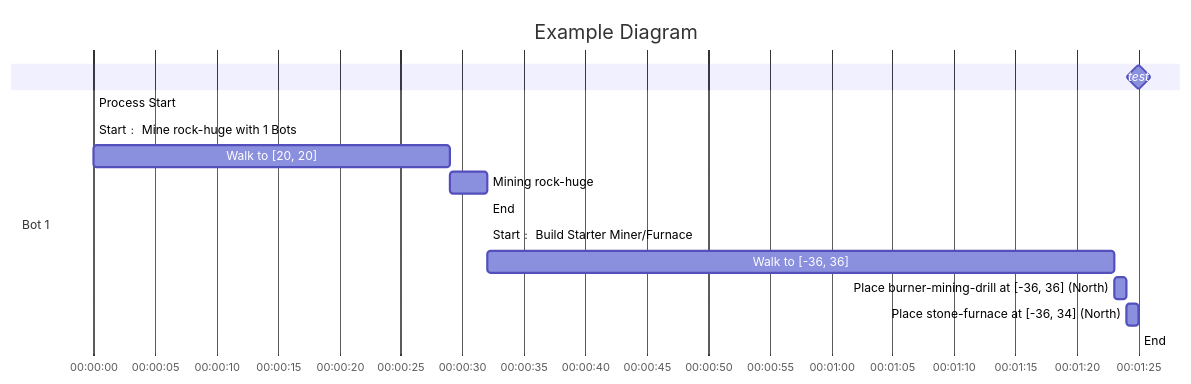
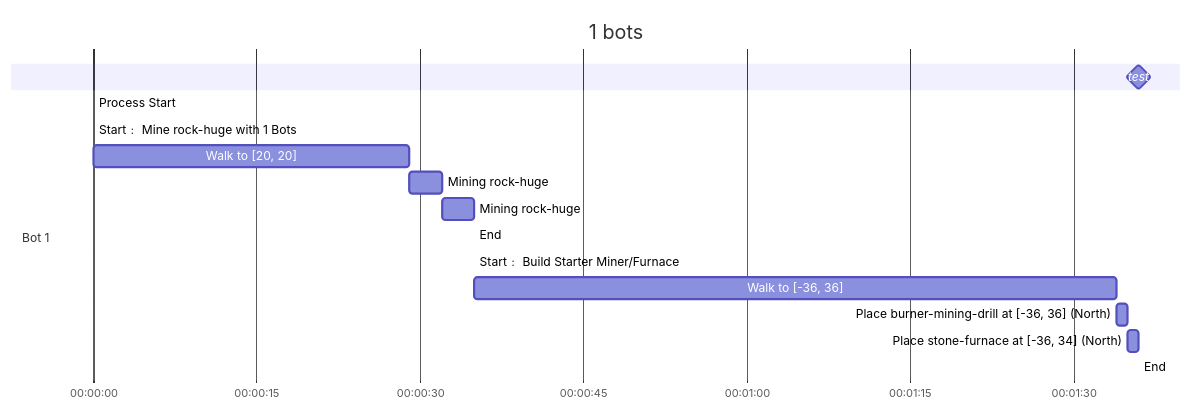
The diagram in crates/scripting_lua/tests/task_graph-1.md (arturh85/factorio-bot), drawn with Mermaid before and after one commit. The commit also changed 78 other files, not shown here.

````diff
--- a/crates/scripting_lua/tests/task_graph-1.md
+++ b/crates/scripting_lua/tests/task_graph-1.md
@@ -1,19 +1,20 @@
 ```mermaid
 gantt
-    title Example Diagram
+    title 1 bots
     dateFormat HH:mm:ss
     axisFormat %H:%M:%S
-    test : milestone, m1, 00:01:25,0s
+    test : milestone, m1, 00:01:36,0s
     section Bot 1
     Process Start : 00:00:00,0s
     Start﹕ Mine rock-huge with 1 Bots : 0s
     Walk to [20, 20] : 29s
     Mining rock-huge : 3s
+    Mining rock-huge : 3s
     End : 0s
     Start﹕ Build Starter Miner/Furnace : 0s
-    Walk to [-36, 36] : 51s
+    Walk to [-36, 36] : 59s
     Place burner-mining-drill at [-36, 36] (North) : 1s
     Place stone-furnace at [-36, 34] (North) : 1s
     End : 0s
 
 ```
````
